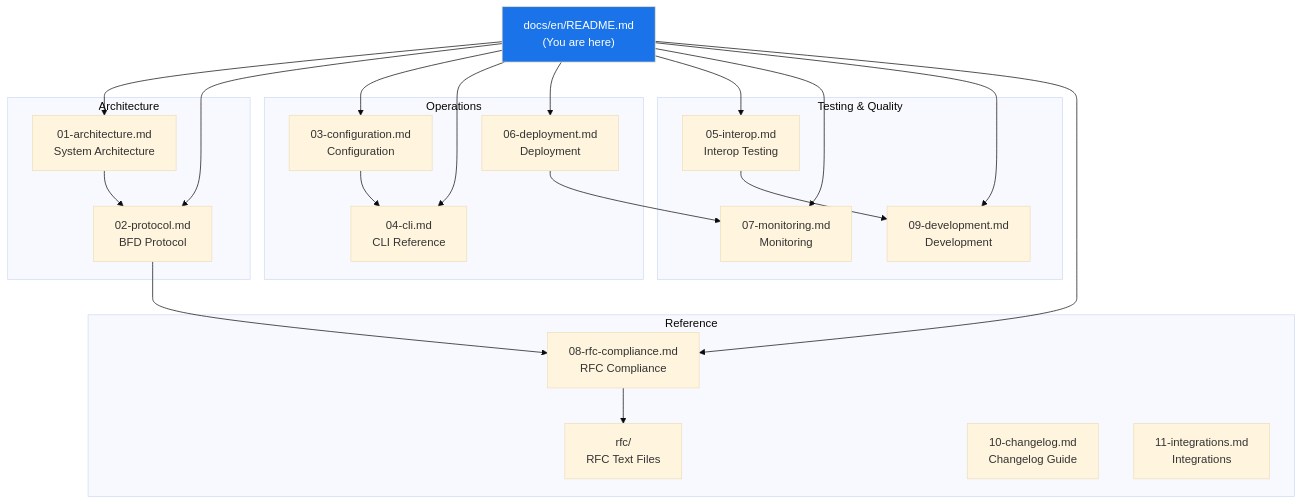
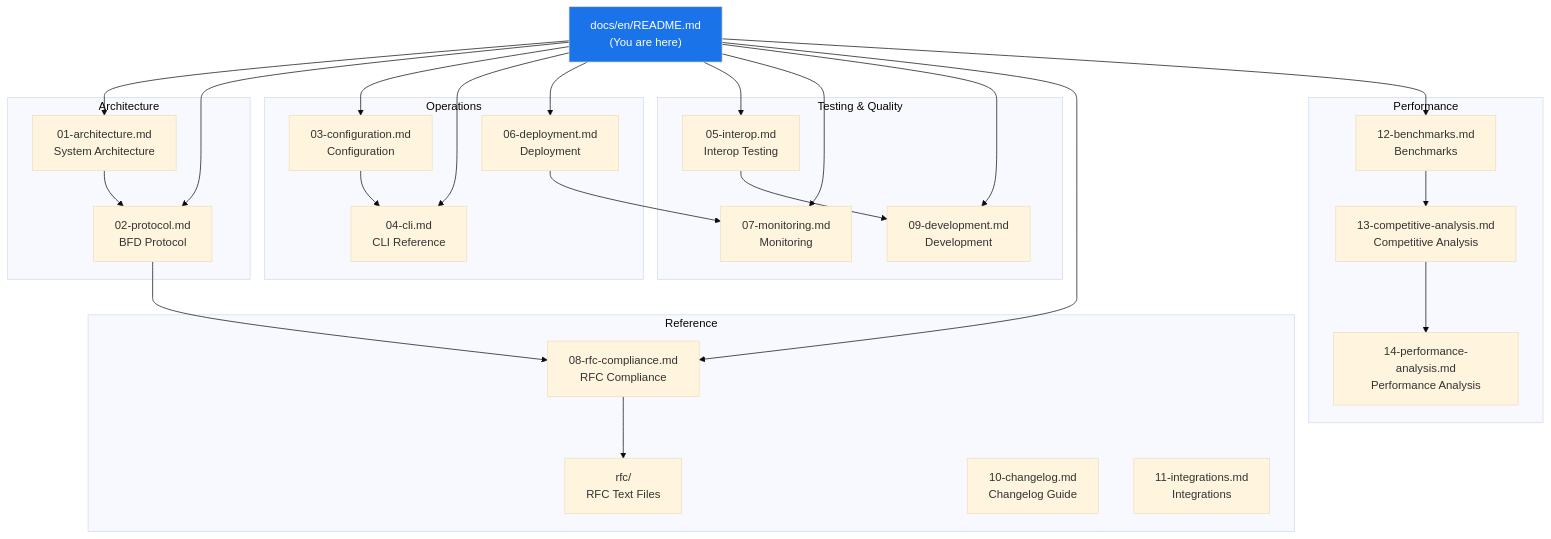
One commit to dantte-lp/gobfd changed the diagram in docs/en/README.md. Above: the diagram before and after it, drawn with Mermaid (base theme). The commit also changed other lines of this file and 97 other files, not shown here.

````diff
--- a/docs/en/README.md
+++ b/docs/en/README.md
@@ -14,47 +14,56 @@
 ```mermaid
 graph TD
     IDX["docs/en/README.md<br/>(You are here)"]
 
     subgraph "Architecture"
         A1["01-architecture.md<br/>System Architecture"]
         A2["02-protocol.md<br/>BFD Protocol"]
     end
 
     subgraph "Operations"
         B1["03-configuration.md<br/>Configuration"]
         B2["04-cli.md<br/>CLI Reference"]
         B3["06-deployment.md<br/>Deployment"]
     end
 
     subgraph "Testing & Quality"
         C1["05-interop.md<br/>Interop Testing"]
         C2["07-monitoring.md<br/>Monitoring"]
         C3["09-development.md<br/>Development"]
     end
 
+    subgraph "Performance"
+        E1["12-benchmarks.md<br/>Benchmarks"]
+        E2["13-competitive-analysis.md<br/>Competitive Analysis"]
+        E3["14-performance-analysis.md<br/>Performance Analysis"]
+    end
+
     subgraph "Reference"
         D1["08-rfc-compliance.md<br/>RFC Compliance"]
         D2["rfc/<br/>RFC Text Files"]
         D3["10-changelog.md<br/>Changelog Guide"]
         D4["11-integrations.md<br/>Integrations"]
     end
 
     IDX --> A1
     IDX --> A2
     IDX --> B1
     IDX --> B2
     IDX --> B3
     IDX --> C1
     IDX --> C2
     IDX --> C3
     IDX --> D1
+    IDX --> E1
 
     A1 --> A2
     A2 --> D1
     B1 --> B2
     B3 --> C2
     C1 --> C3
     D1 --> D2
+    E1 --> E2
+    E2 --> E3
 
     style IDX fill:#1a73e8,color:#fff
 ```
````
